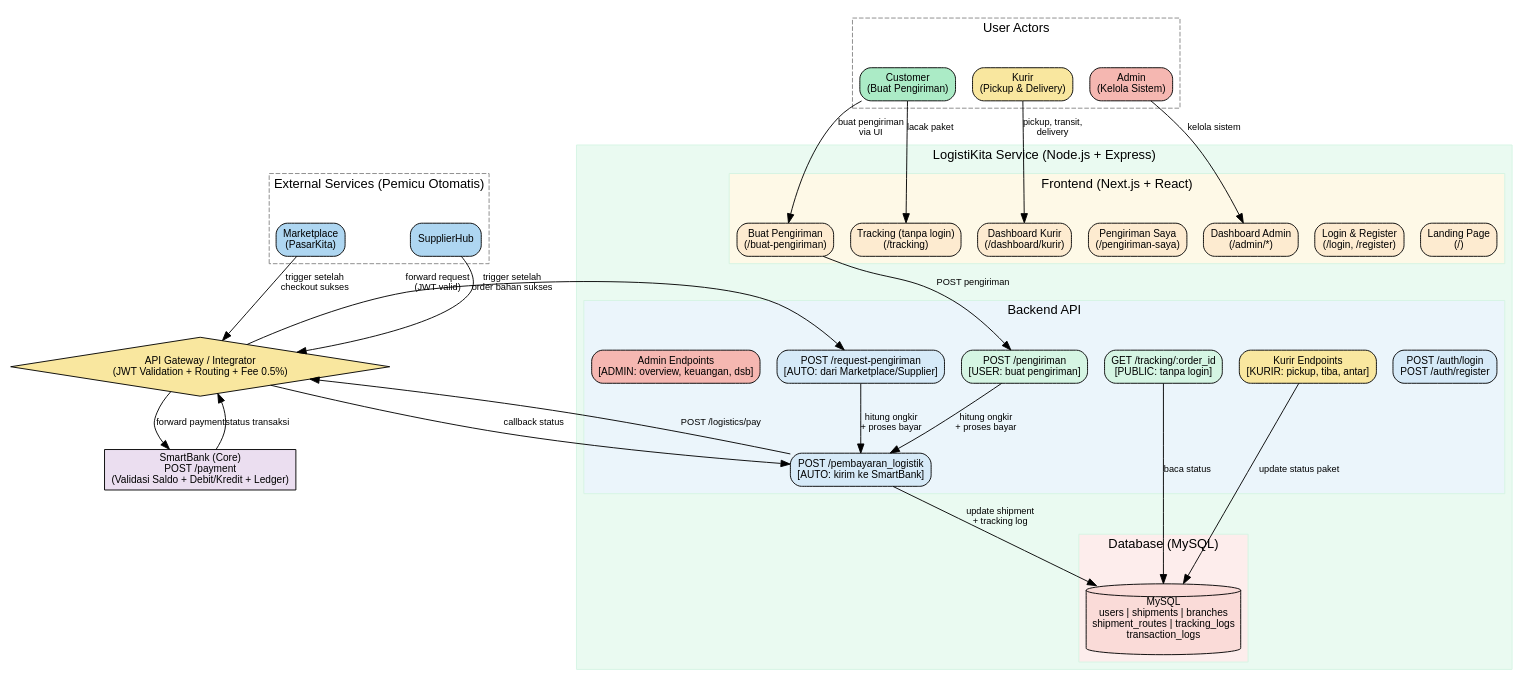
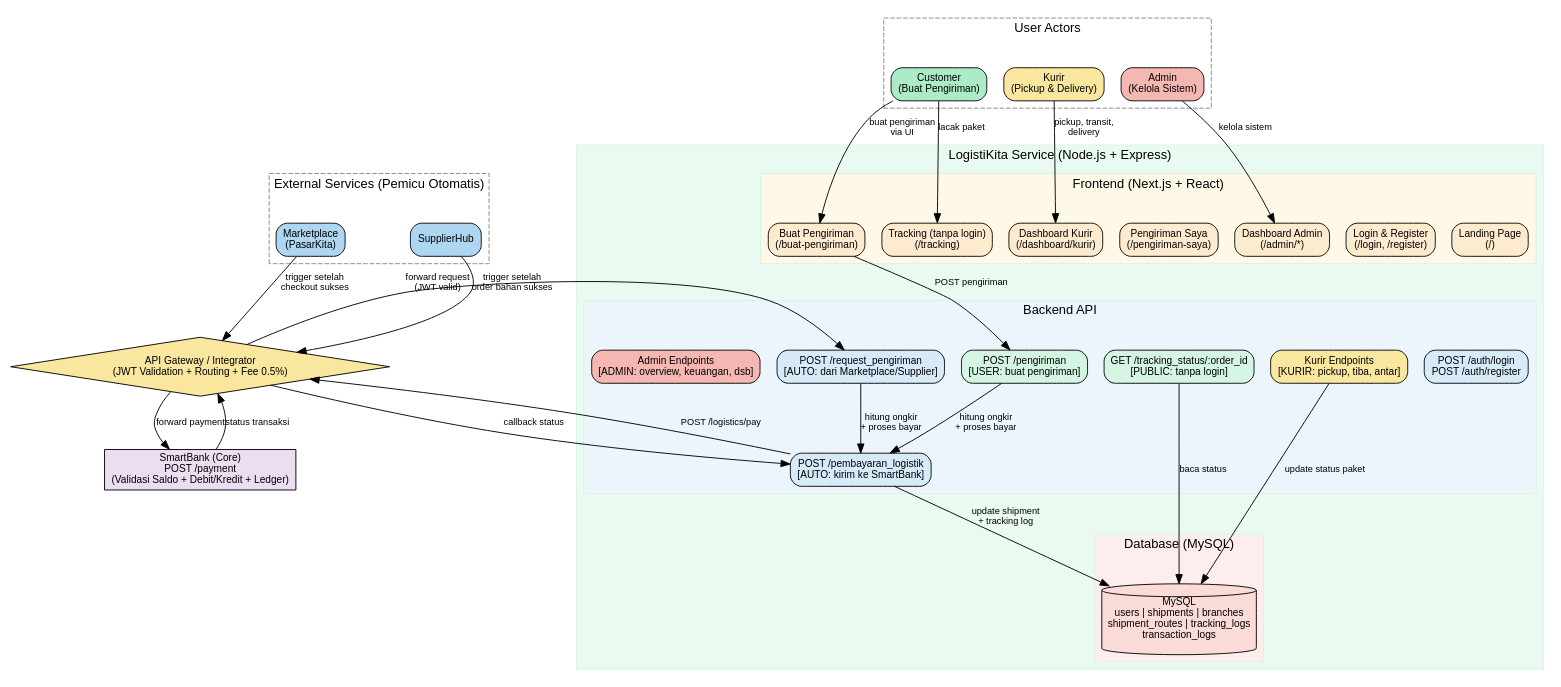
The diagram in README.md (fachrizikrisyah231-create/LogistiKita), drawn with Graphviz before and after one commit. The commit also changed other lines of this file and 9 other files, not shown here.

```diff
--- a/README.md
+++ b/README.md
@@ -367,8 +367,8 @@
             fillcolor="#EBF5FB";
             API_Auth [label="POST /auth/login\nPOST /auth/register", fillcolor="#D6EAF8"];
             API_Pengiriman [label="POST /pengiriman\n[USER: buat pengiriman]", fillcolor="#D5F5E3"];
-            API_Request [label="POST /request-pengiriman\n[AUTO: dari Marketplace/Supplier]", fillcolor="#D6EAF8"];
-            API_Tracking [label="GET /tracking/:order_id\n[PUBLIC: tanpa login]", fillcolor="#D5F5E3"];
+            API_Request [label="POST /request_pengiriman\n[AUTO: dari Marketplace/Supplier]", fillcolor="#D6EAF8"];
+            API_Tracking [label="GET /tracking_status/:order_id\n[PUBLIC: tanpa login]", fillcolor="#D5F5E3"];
             API_Kurir [label="Kurir Endpoints\n[KURIR: pickup, tiba, antar]", fillcolor="#F9E79F"];
             API_Admin [label="Admin Endpoints\n[ADMIN: overview, keuangan, dsb]", fillcolor="#F5B7B1"];
             API_Bayar [label="POST /pembayaran_logistik\n[AUTO: kirim ke SmartBank]", fillcolor="#D6EAF8"];
```
